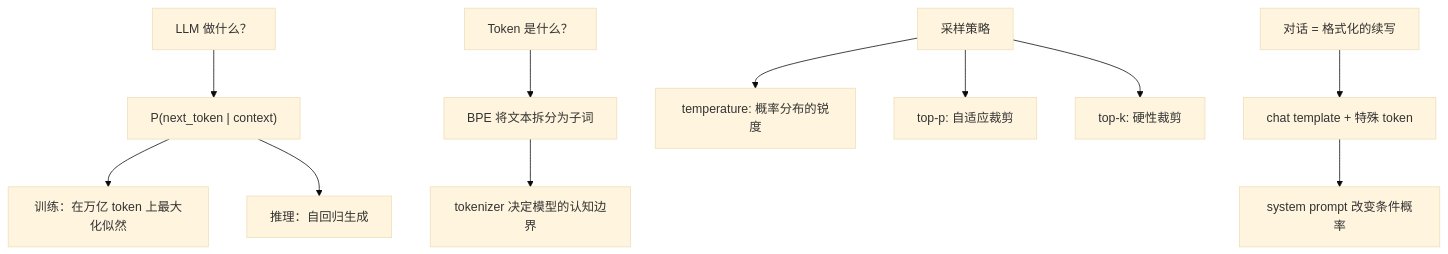
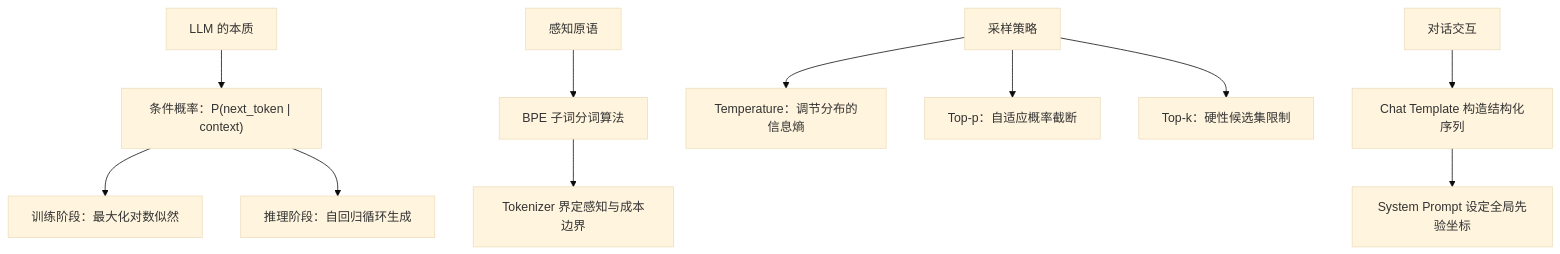
Before and after one commit to yingwang/thinking-in-llm: the third of 3 diagrams in chapters/01-next-token.md, drawn with Mermaid (base theme). The commit also changed other lines of this file and 31 other files, not shown here.

````diff
--- a/chapters/01-next-token.md
+++ b/chapters/01-next-token.md
@@ -440,16 +437,16 @@
 ```mermaid
 graph TB
-    A["LLM 做什么？"] --> B["P(next_token | context)"]
-    B --> C["训练：在万亿 token 上最大化似然"]
-    B --> D["推理：自回归生成"]
+    A["LLM 的本质"] --> B["条件概率：P(next_token | context)"]
+    B --> C["训练阶段：最大化对数似然"]
+    B --> D["推理阶段：自回归循环生成"]
     
-    E["Token 是什么？"] --> F["BPE 将文本拆分为子词"]
-    F --> G["tokenizer 决定模型的认知边界"]
+    E["感知原语"] --> F["BPE 子词分词算法"]
+    F --> G["Tokenizer 界定感知与成本边界"]
     
-    H["采样策略"] --> I["temperature: 概率分布的锐度"]
-    H --> J["top-p: 自适应裁剪"]
-    H --> K["top-k: 硬性裁剪"]
+    H["采样策略"] --> I["Temperature：调节分布的信息熵"]
+    H --> J["Top-p：自适应概率截断"]
+    H --> K["Top-k：硬性候选集限制"]
     
-    L["对话 = 格式化的续写"] --> M["chat template + 特殊 token"]
-    M --> N["system prompt 改变条件概率"]
+    L["对话交互"] --> M["Chat Template 构造结构化序列"]
+    M --> N["System Prompt 设定全局先验坐标"]
 ```
````
